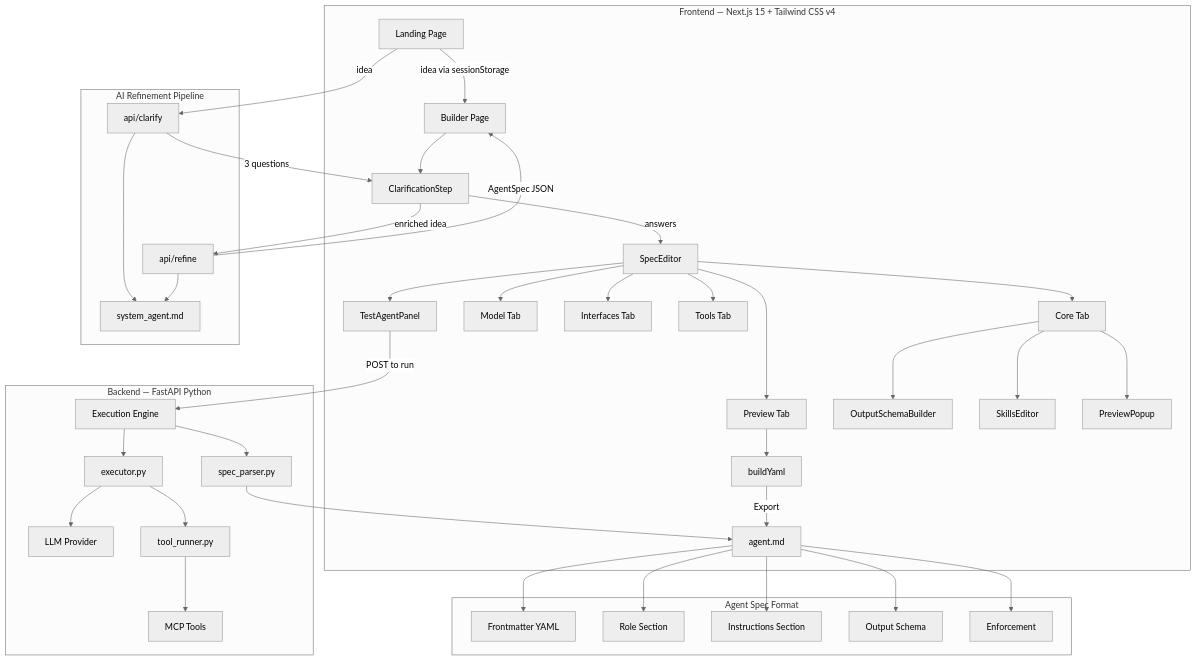
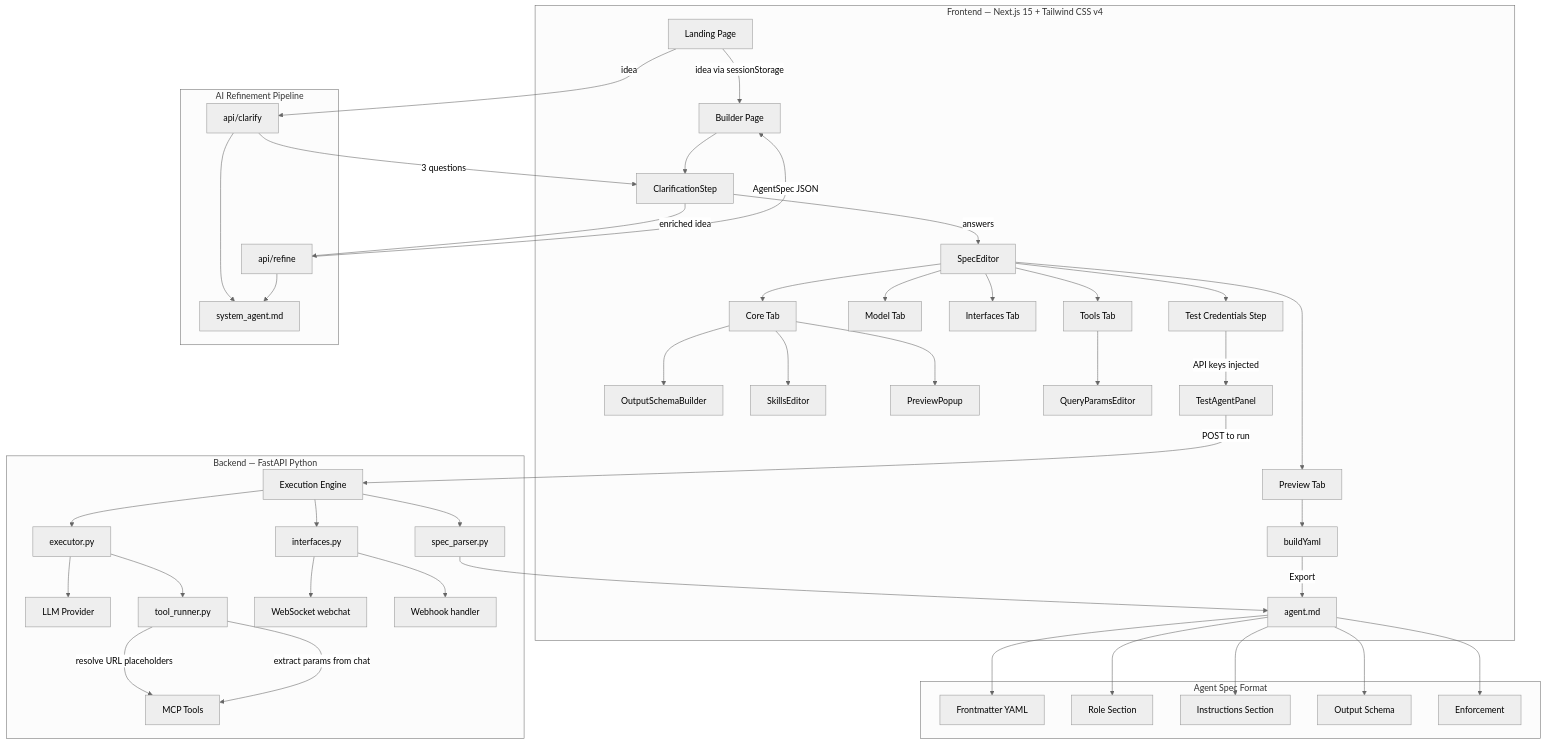
The diagram in readme.md (RukshanRanasinghe2000/AgentFactory), drawn with Mermaid (neutral theme) before and after one commit. The commit also changed other lines of this file and 5 other files, not shown here.

````diff
--- a/readme.md
+++ b/readme.md
@@ -30,46 +30,52 @@
 ```mermaid
 graph TD
     subgraph UI["Frontend — Next.js 15 + Tailwind CSS v4"]
         A[Landing Page] -->|idea via sessionStorage| B[Builder Page]
         B --> CL[ClarificationStep]
         CL -->|answers| C[SpecEditor]
         C --> C1[Core Tab]
         C --> C2[Model Tab]
         C --> C3[Interfaces Tab]
         C --> C4[Tools Tab]
         C --> C5[Preview Tab]
         C1 --> D1[OutputSchemaBuilder]
         C1 --> D2[SkillsEditor]
         C1 --> D3[PreviewPopup]
+        C4 --> D4[QueryParamsEditor]
         C5 --> E[buildYaml]
         E -->|Export| F[agent.md]
-        C --> TP[TestAgentPanel]
+        C --> TC[Test Credentials Step]
+        TC -->|API keys injected| TP[TestAgentPanel]
     end
 
     subgraph AI["AI Refinement Pipeline"]
         A -->|idea| CQ[api/clarify]
         CQ -->|3 questions| CL
         CL -->|enriched idea| RF[api/refine]
         RF -->|AgentSpec JSON| B
         CQ --> SP[system_agent.md]
         RF --> SP
     end
 
     subgraph Spec["Agent Spec Format"]
         F --> G[Frontmatter YAML]
         F --> H[Role Section]
         F --> I[Instructions Section]
         F --> J[Output Schema]
         F --> K[Enforcement]
     end
 
     subgraph Backend["Backend — FastAPI Python"]
         TP -->|POST to run| BE[Execution Engine]
         BE --> EX[executor.py]
         EX --> LLM[LLM Provider]
         EX --> TR[tool_runner.py]
-        TR --> MCP[MCP Tools]
+        TR -->|resolve URL placeholders| MCP[MCP Tools]
+        TR -->|extract params from chat| MCP
         BE --> PS[spec_parser.py]
+        BE --> IF[interfaces.py]
+        IF --> WS[WebSocket webchat]
+        IF --> WH[Webhook handler]
         PS --> F
     end
 ```
````
